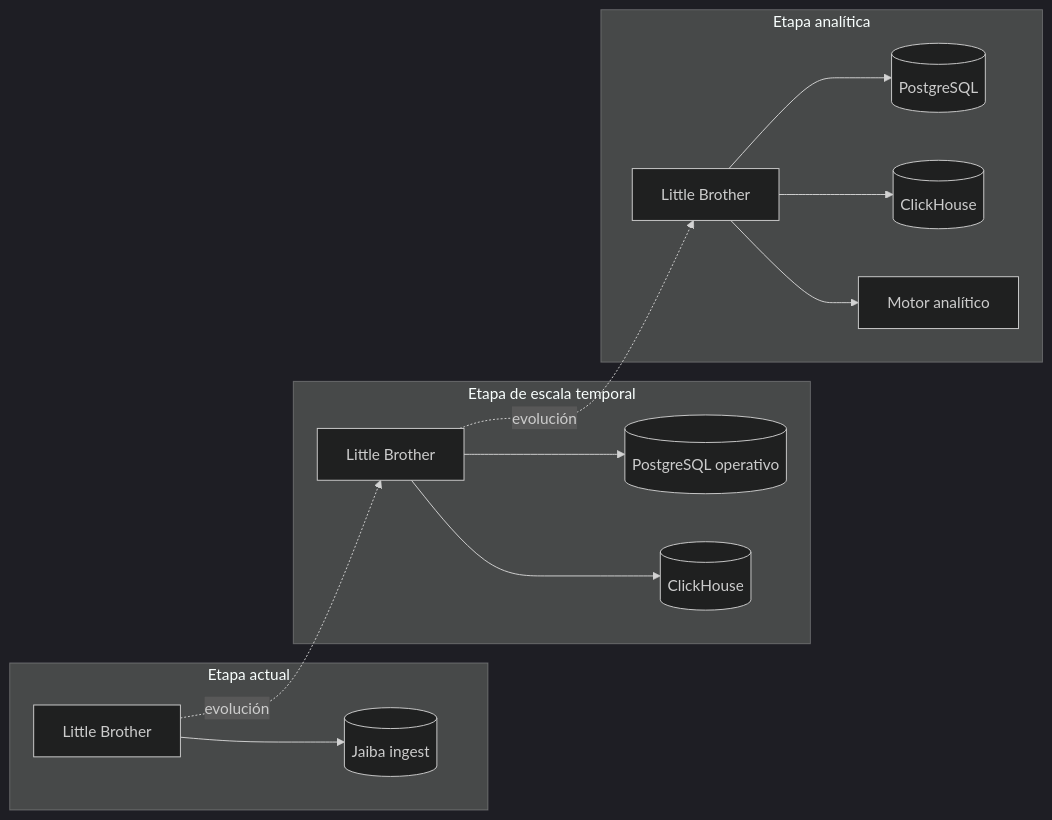
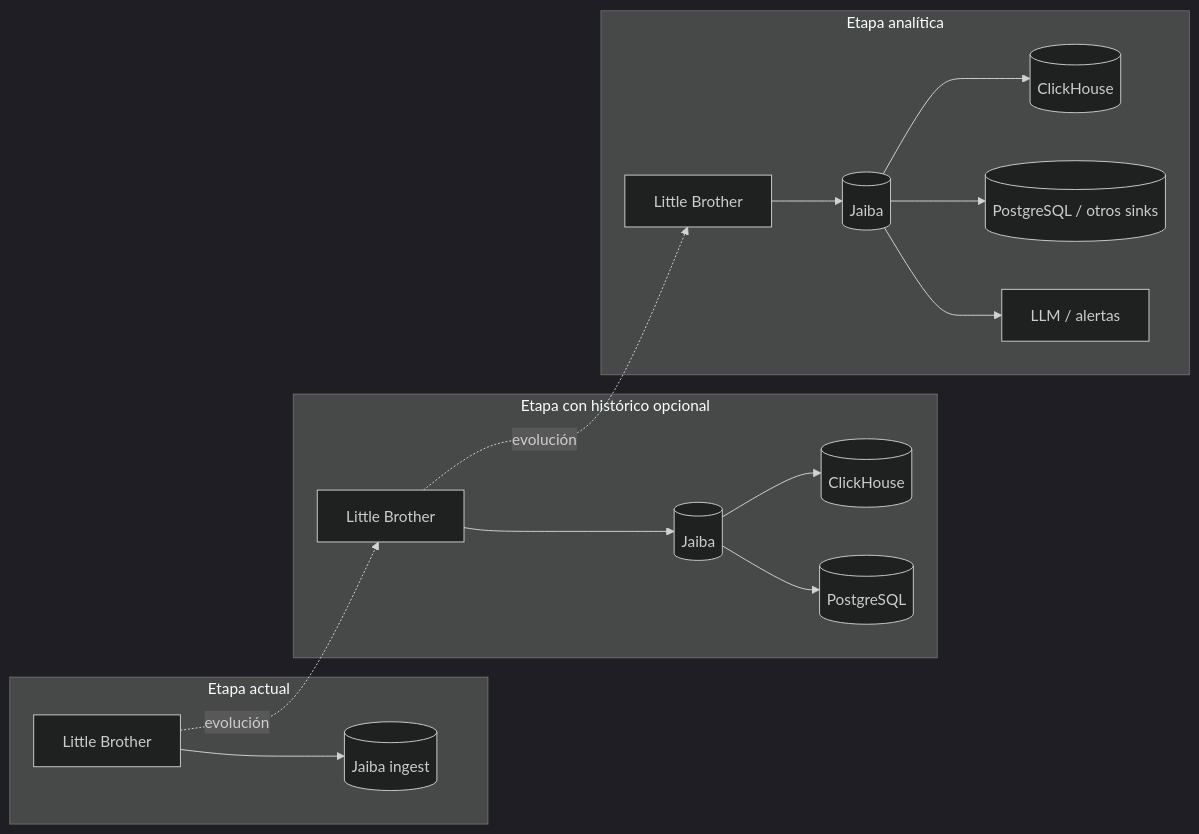
One commit to dfr2098/broder changed the eighth of 9 diagrams in core/rs/ARCHITECTURE.md. Above: the diagram before and after it, drawn with Mermaid (dark theme). The commit also changed other lines of this file and 17 other files, not shown here.

First line of the commit message:
Reconcile Broder docs with Jaiba/DMA_JAIVA architecture brief.

````diff
--- a/core/rs/ARCHITECTURE.md
+++ b/core/rs/ARCHITECTURE.md
@@ -339,20 +346,22 @@
 ```mermaid
 flowchart LR
     subgraph F1[Etapa actual]
-        B1[Little Brother] --> P1[(Jaiba ingest)]
+        B1[Little Brother] --> J1[(Jaiba ingest)]
     end
 
-    subgraph F2[Etapa de escala temporal]
-        B2[Little Brother] --> P2[(PostgreSQL operativo)]
-        B2 --> C2[(ClickHouse)]
+    subgraph F2[Etapa con histórico opcional]
+        B2[Little Brother] --> J2[(Jaiba)]
+        J2 --> C2[(ClickHouse)]
+        J2 --> P2[(PostgreSQL)]
     end
 
     subgraph F3[Etapa analítica]
-        B3[Little Brother] --> P3[(PostgreSQL)]
-        B3 --> C3[(ClickHouse)]
-        B3 --> A3[Motor analítico]
+        B3[Little Brother] --> J3[(Jaiba)]
+        J3 --> C3[(ClickHouse)]
+        J3 --> P3[(PostgreSQL / otros sinks)]
+        J3 --> A3[LLM / alertas]
     end
 
     B1 -. evolución .-> B2
     B2 -. evolución .-> B3
 ```
````
